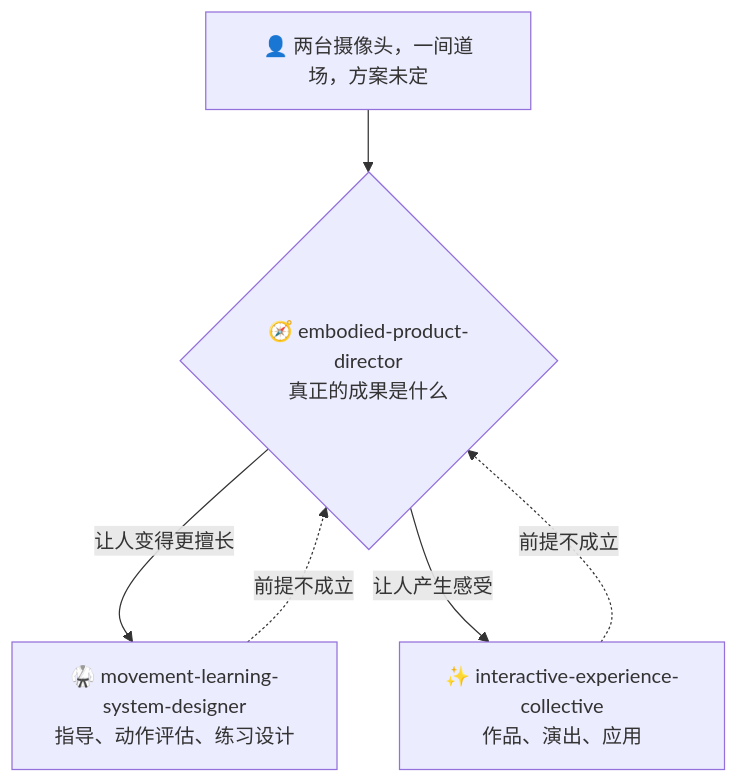
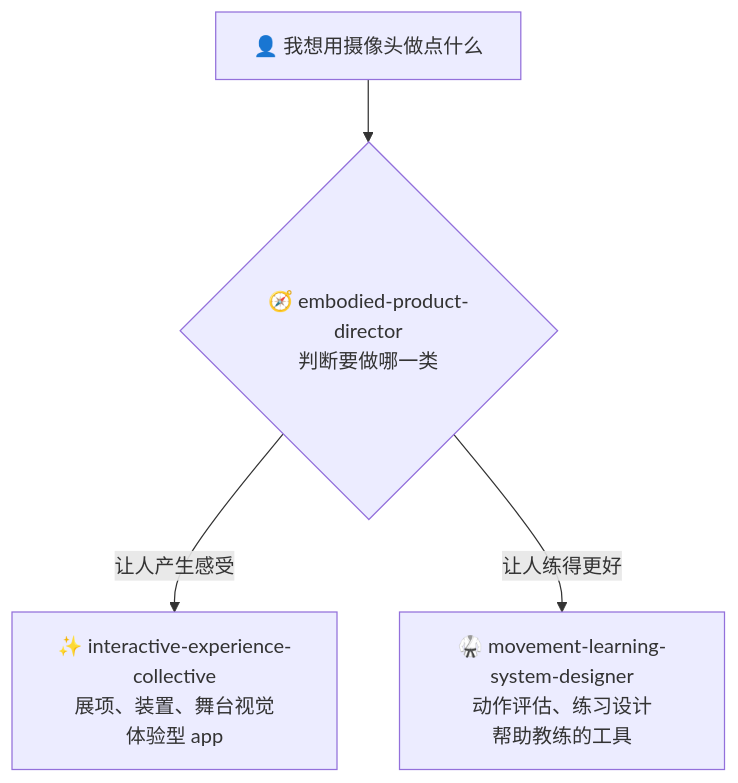
Before and after one commit to takaoumehara/interactive-experience-skills: the diagram in README.zh-CN.md, drawn with Mermaid. The commit also changed other lines of this file and 19 other files, not shown here.

````diff
--- a/README.zh-CN.md
+++ b/README.zh-CN.md
@@ -25,8 +41,6 @@
 ```mermaid
 flowchart TD
-    U["👤 两台摄像头，一间道场，方案未定"] --> D{"🧭 embodied-product-director<br/>真正的成果是什么"}
-    D -->|"让人变得更擅长"| L["🥋 movement-learning-system-designer<br/>指导、动作评估、练习设计"]
-    D -->|"让人产生感受"| E["✨ interactive-experience-collective<br/>作品、演出、应用"]
-    L -.->|"前提不成立"| D
-    E -.->|"前提不成立"| D
+    Q["👤 我想用摄像头做点什么"] --> D{"🧭 embodied-product-director<br/>判断要做哪一类"}
+    D -->|"让人产生感受"| E["✨ interactive-experience-collective<br/>展项、装置、舞台视觉<br/>体验型 app"]
+    D -->|"让人练得更好"| L["🥋 movement-learning-system-designer<br/>动作评估、练习设计<br/>帮助教练的工具"]
 ```
````
